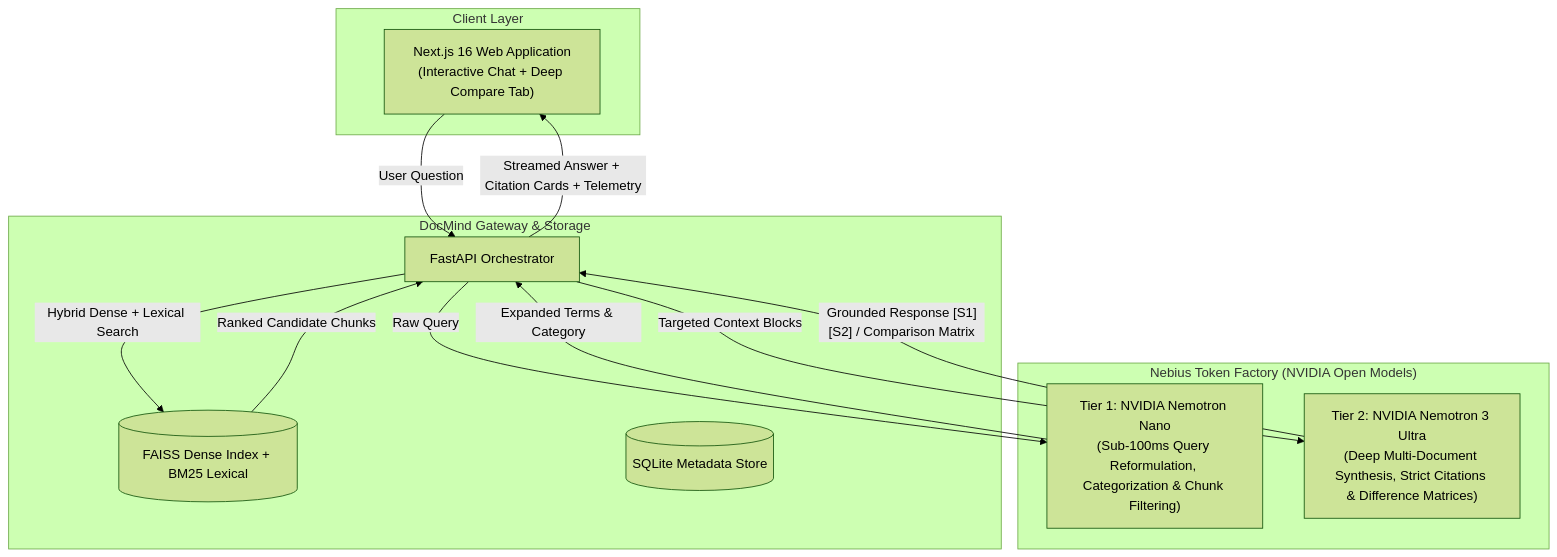
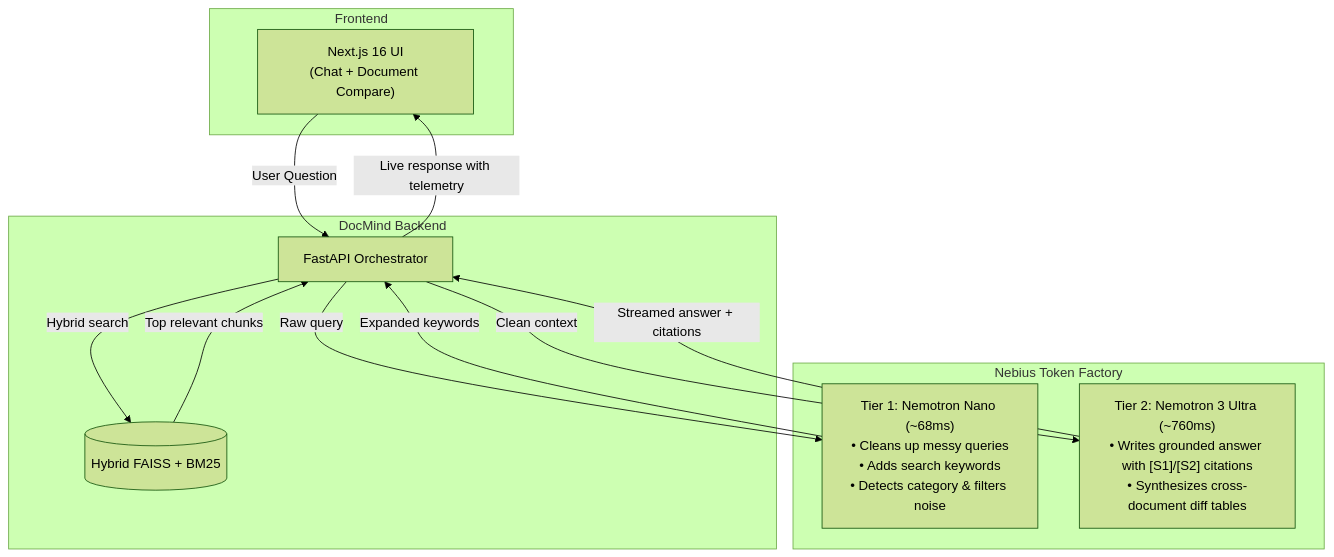
Before and after one commit to youcefamar/docMind: the diagram in NEBIUS_NVIDIA_README.md, drawn with Mermaid (forest theme). The commit also changed other lines of this file and 5 other files, not shown here.

````diff
--- a/NEBIUS_NVIDIA_README.md
+++ b/NEBIUS_NVIDIA_README.md
@@ -24,26 +23,25 @@
 ```mermaid
 flowchart TD
-    subgraph Client ["Client Layer"]
-        UI["Next.js 16 Web Application\n(Interactive Chat + Deep Compare Tab)"]
+    subgraph Client ["Frontend"]
+        UI["Next.js 16 UI\n(Chat + Document Compare)"]
     end
 
-    subgraph Backend ["DocMind Gateway & Storage"]
+    subgraph Backend ["DocMind Backend"]
         API["FastAPI Orchestrator"]
-        VecDB[("FAISS Dense Index + BM25 Lexical")]
-        Meta[("SQLite Metadata Store")]
+        Search[("Hybrid FAISS + BM25")]
     end
 
-    subgraph NebiusGateway ["Nebius Token Factory (NVIDIA Open Models)"]
-        Router["Tier 1: NVIDIA Nemotron Nano\n(Sub-100ms Query Reformulation, Categorization & Chunk Filtering)"]
-        Synthesizer["Tier 2: NVIDIA Nemotron 3 Ultra\n(Deep Multi-Document Synthesis, Strict Citations & Difference Matrices)"]
+    subgraph Nebius ["Nebius Token Factory"]
+        Router["Tier 1: Nemotron Nano (~68ms)\n• Cleans up messy queries\n• Adds search keywords\n• Detects category & filters noise"]
+        Reasoning["Tier 2: Nemotron 3 Ultra (~760ms)\n• Writes grounded answer with [S1]/[S2] citations\n• Synthesizes cross-document diff tables"]
     end
 
     UI -->|"User Question"| API
-    API -->|"Raw Query"| Router
-    Router -->|"Expanded Terms & Category"| API
-    API -->|"Hybrid Dense + Lexical Search"| VecDB
-    VecDB -->|"Ranked Candidate Chunks"| API
-    API -->|"Targeted Context Blocks"| Synthesizer
-    Synthesizer -->|"Grounded Response [S1][S2] / Comparison Matrix"| API
-    API -->|"Streamed Answer + Citation Cards + Telemetry"| UI
+    API -->|"Raw query"| Router
+    Router -->|"Expanded keywords"| API
+    API -->|"Hybrid search"| Search
+    Search -->|"Top relevant chunks"| API
+    API -->|"Clean context"| Reasoning
+    Reasoning -->|"Streamed answer + citations"| API
+    API -->|"Live response with telemetry"| UI
 ```
````
